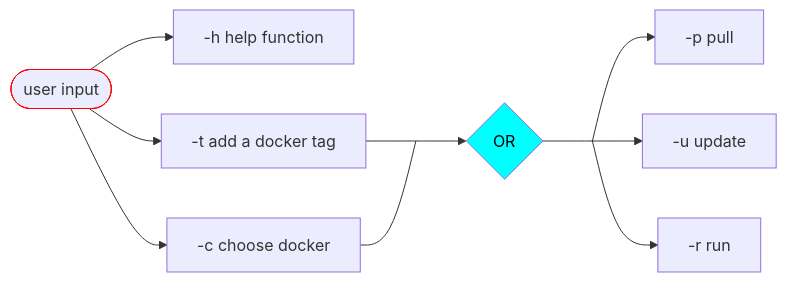
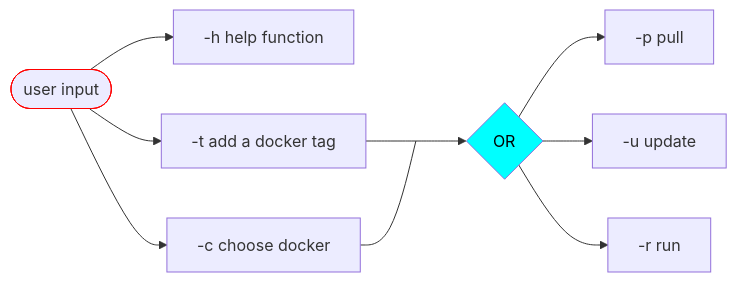
The diagram in Docs/Set_Up_Pi.md (SeppeBudenaers/IoT_Technologie_PXL_2024), drawn with Mermaid before and after one commit.

Commit message:
removed second empty graph node

````diff
--- a/Docs/Set_Up_Pi.md
+++ b/Docs/Set_Up_Pi.md
@@ -58,19 +58,19 @@
 ```mermaid
 graph LR;
 	classDef red stroke:#f00
     classDef cyan fill:#0ff
     classDef empty width:0px,height:0px;
     start([user input]):::red;
     h[-h help function];
     t[-t add a docker tag];
     c[-c choose docker];
     p[-p pull];
     u[-u update];
     r[-r run];
     start-->h & t & c;
     choose{<font color=black>OR}:::cyan;
     t & c --- alpha[ ]:::empty --> choose;
-    choose --- beta[ ]:::empty --> p & u & r;
+    choose --> p & u & r;
     
 
 ```
````
